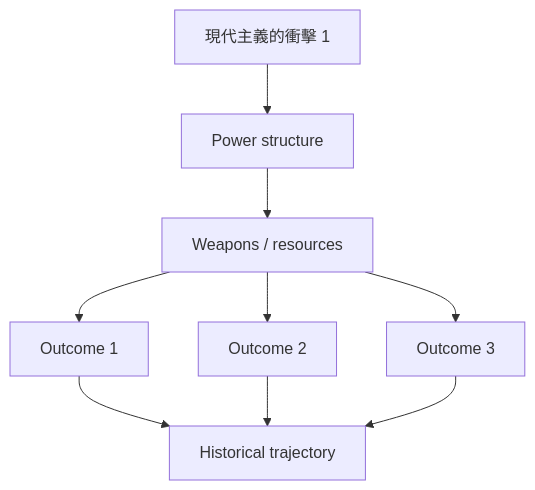
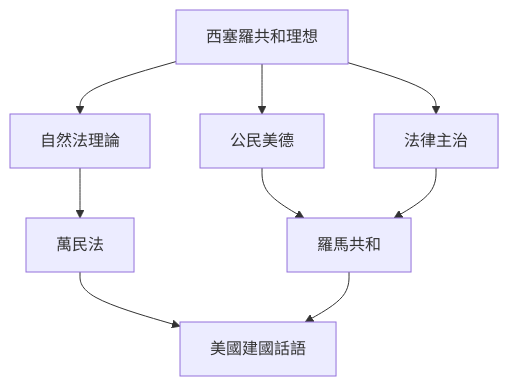
One commit to yip-lgtm/HKU-Harvard-History-Self-Study changed the fourth of 10 diagrams in 02_Harvard_Courses/Fall_Courses/Hist20A_Western_Intellectual_History.md. Above: the diagram before and after it, drawn with Mermaid. The commit also changed other lines of this file and 65 other files, not shown here.

````diff
--- a/02_Harvard_Courses/Fall_Courses/Hist20A_Western_Intellectual_History.md
+++ b/02_Harvard_Courses/Fall_Courses/Hist20A_Western_Intellectual_History.md
@@ -224,11 +214,11 @@
 ```mermaid
 graph TD
-    A[現代主義的衝擊 1] --> B[Power structure]
-    B --> C[Weapons / resources]
-    C --> D[Outcome 1]
-    C --> E[Outcome 2]
-    C --> F[Outcome 3]
-    D --> G[Historical trajectory]
-    E --> G
+    A[西塞羅共和理想] --> B[自然法理論]
+    A --> C[公民美德]
+    A --> D[法律主治]
+    B --> E[萬民法]
+    C --> F[羅馬共和]
+    D --> F
+    E --> G[美國建國話語]
     F --> G
 ```
````
